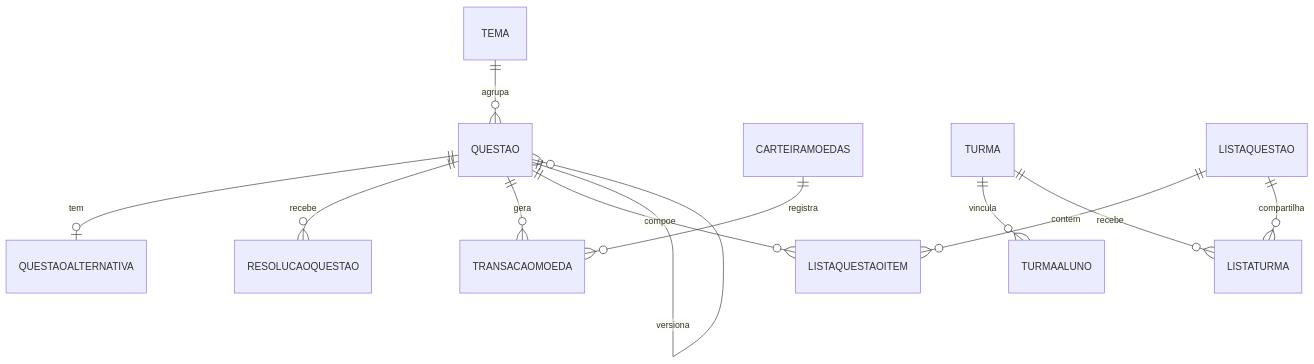
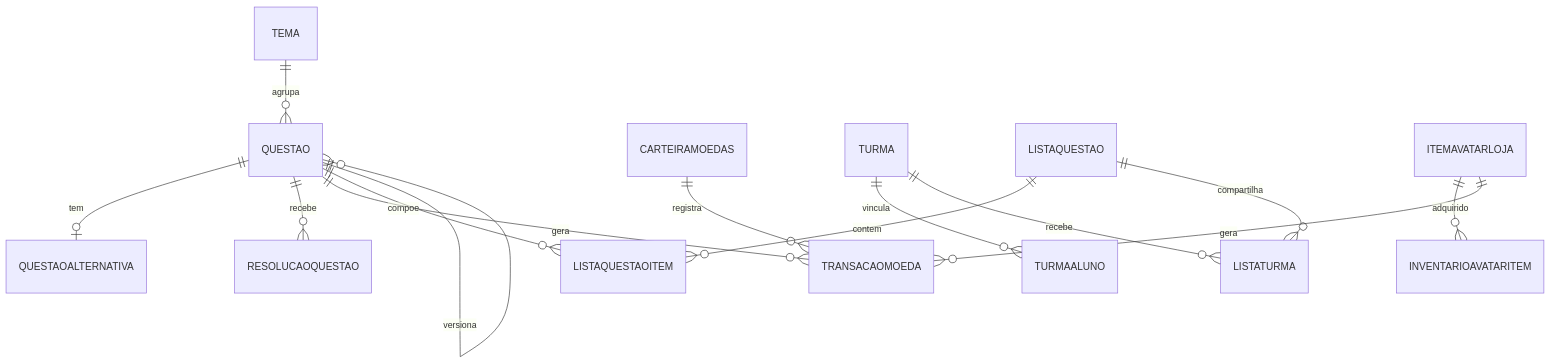
Before and after one commit to fga-eps-mds/2026-1-AnatoQuizUp-Doc: the second of 2 diagrams in docs/arquitetura/banco-de-dados/modelo-atual.md, drawn with Mermaid. The commit also changed other lines of this file and 2 other files, not shown here.

````diff
--- a/docs/arquitetura/banco-de-dados/modelo-atual.md
+++ b/docs/arquitetura/banco-de-dados/modelo-atual.md
@@ -48,14 +48,16 @@
 ```mermaid
 erDiagram
     TEMA ||--o{ QUESTAO : agrupa
     QUESTAO ||--o| QUESTAOALTERNATIVA : tem
     QUESTAO ||--o{ RESOLUCAOQUESTAO : recebe
     QUESTAO ||--o{ TRANSACAOMOEDA : gera
     QUESTAO ||--o{ LISTAQUESTAOITEM : compoe
     QUESTAO ||--o{ QUESTAO : versiona
     CARTEIRAMOEDAS ||--o{ TRANSACAOMOEDA : registra
     TURMA ||--o{ TURMAALUNO : vincula
     TURMA ||--o{ LISTATURMA : recebe
     LISTAQUESTAO ||--o{ LISTAQUESTAOITEM : contem
     LISTAQUESTAO ||--o{ LISTATURMA : compartilha
+    ITEMAVATARLOJA ||--o{ INVENTARIOAVATARITEM : adquirido
+    ITEMAVATARLOJA ||--o{ TRANSACAOMOEDA : gera
 ```
````
